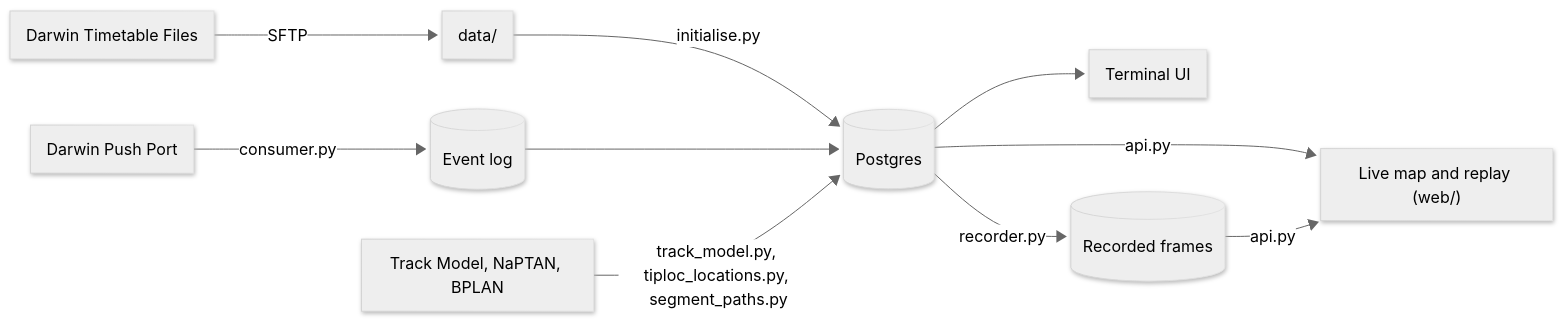
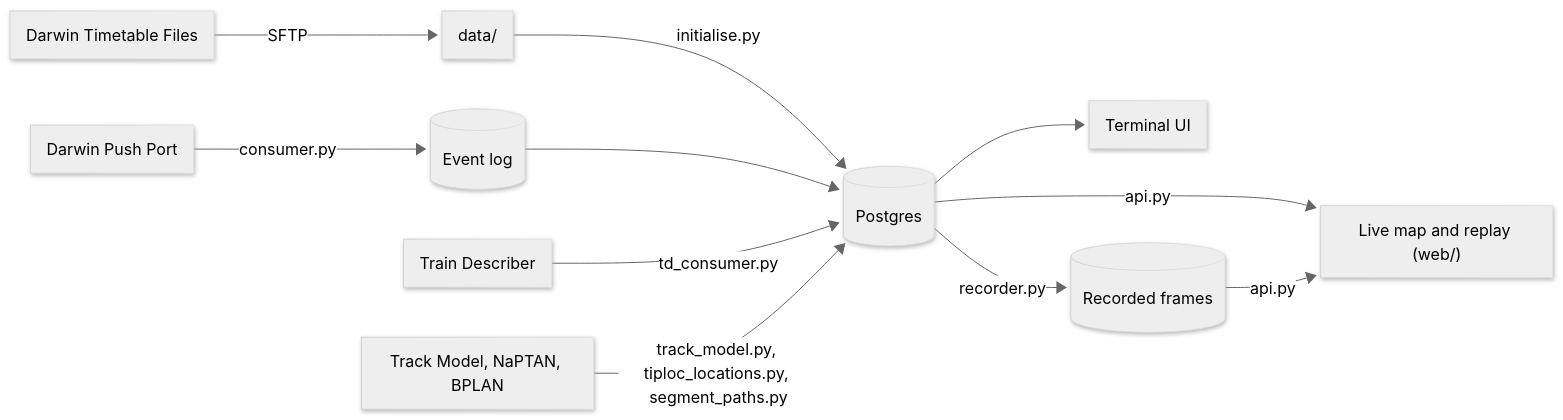
One commit to james-uea/TrainTrack changed the diagram in README.md. Above: the diagram before and after it, drawn with Mermaid. The commit also changed other lines of this file and 8 other files, not shown here.

````diff
--- a/README.md
+++ b/README.md
@@ -7,21 +7,22 @@
 ```mermaid
 ---
 config:
   layout: fixed
   theme: neutral
   look: neo
   fontFamily: '''Source Code Pro Variable'', monospace'
   themeVariables:
     fontFamily: '''Source Code Pro Variable'', monospace'
 ---
 flowchart LR
     TT["Darwin Timetable Files"] -- SFTP --> DATA["data/"]
     DATA -- "initialise.py" --> DB[("Postgres")]
     PP["Darwin Push Port"] -- "consumer.py" --> EV[("Event log")]
     EV --> DB
+    TD["Train Describer"] -- "td_consumer.py" --> DB
     TM["Track Model, NaPTAN, BPLAN"] -- "track_model.py, tiploc_locations.py, segment_paths.py" --> DB
     DB --> TUI["Terminal UI"]
     DB -- "recorder.py" --> FR[("Recorded frames")]
     DB -- "api.py" --> MAP["Live map and replay (web/)"]
     FR -- "api.py" --> MAP
 ```
````
